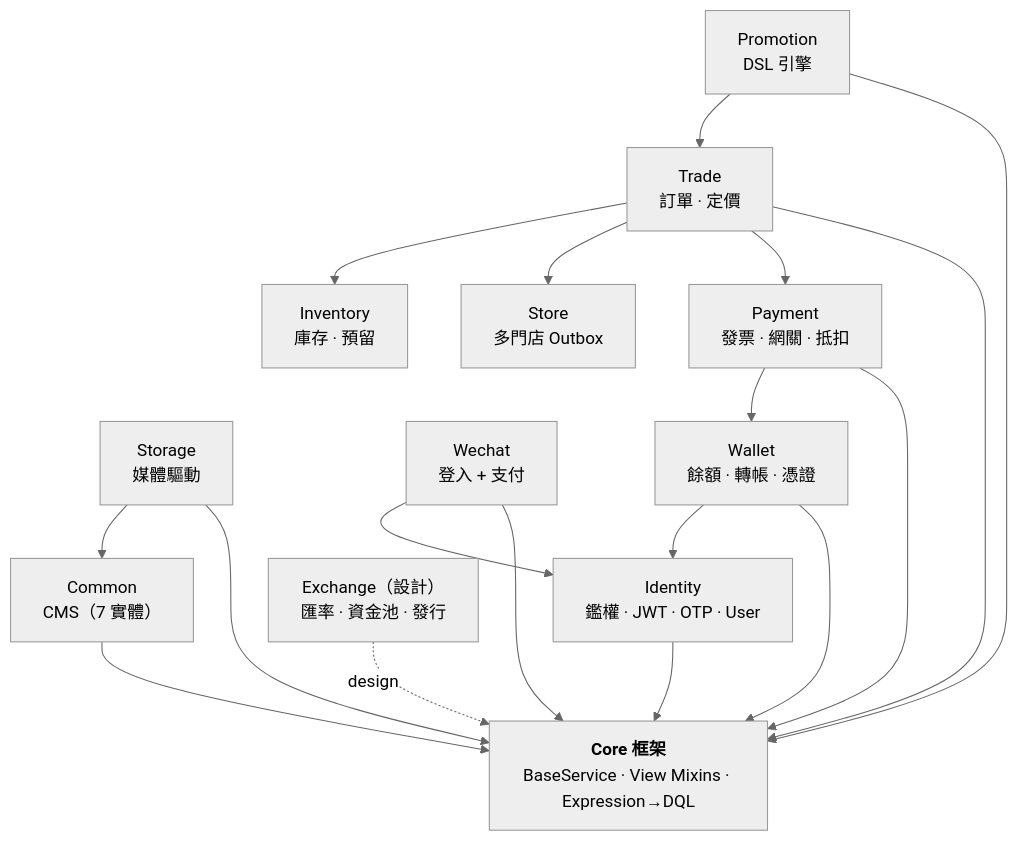
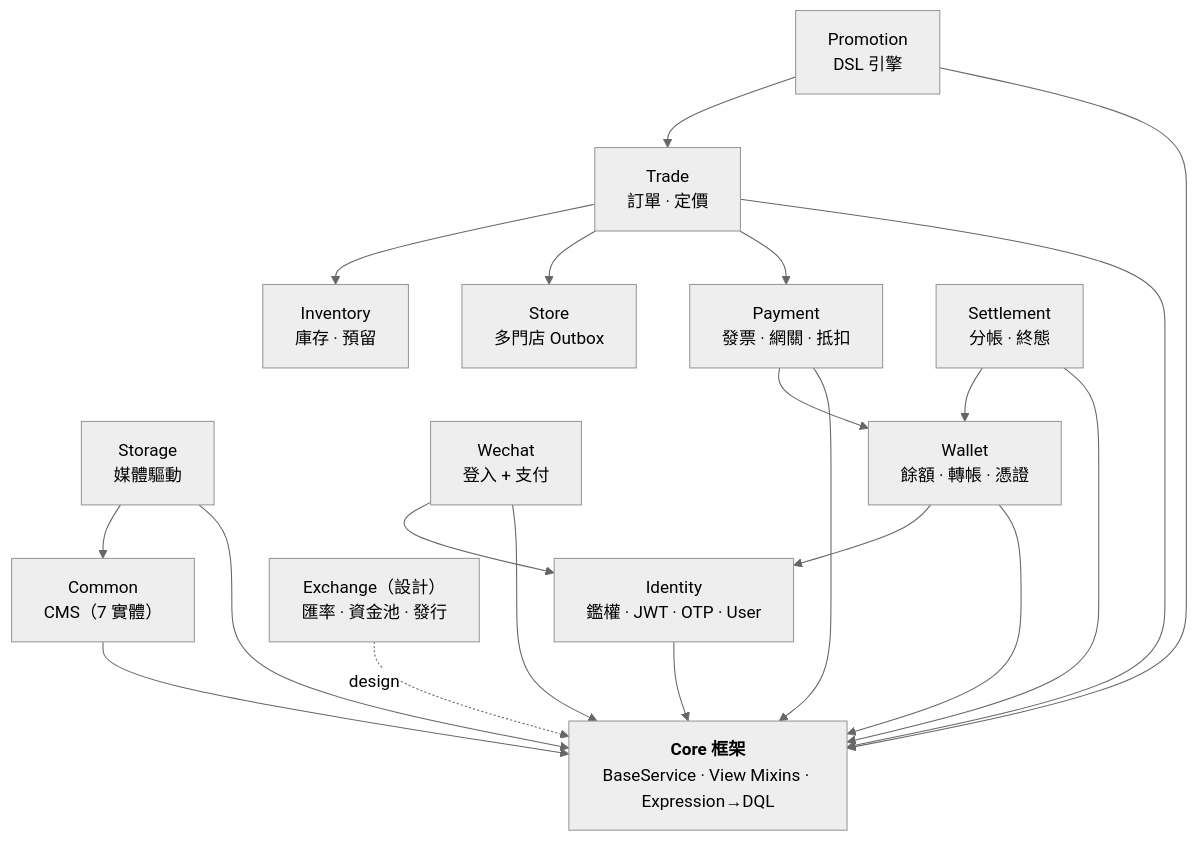
The first of 2 diagrams in README.zh-hant.md (dream-studio-china/edc-online-membership), drawn with Mermaid (neutral theme) before and after one commit. The commit also changed other lines of this file and 4 other files, not shown here.

````diff
--- a/README.zh-hant.md
+++ b/README.zh-hant.md
@@ -11,33 +11,36 @@
 ```mermaid
 flowchart TB
     Core["<b>Core 框架</b><br/>BaseService · View Mixins · Expression→DQL"]
     Identity["Identity<br/>鑑權 · JWT · OTP · User"]
     Common["Common<br/>CMS（7 實體）"]
     Storage["Storage<br/>媒體驅動"]
     Wechat["Wechat<br/>登入 + 支付"]
     Wallet["Wallet<br/>餘額 · 轉帳 · 憑證"]
     Payment["Payment<br/>發票 · 網關 · 抵扣"]
     Trade["Trade<br/>訂單 · 定價"]
     Store["Store<br/>多門店 Outbox"]
     Inventory["Inventory<br/>庫存 · 預留"]
     Promotion["Promotion<br/>DSL 引擎"]
+    Settlement["Settlement<br/>分帳 · 終態"]
     Exchange["Exchange（設計）<br/>匯率 · 資金池 · 發行"]
 
     Identity --> Core
     Common --> Core
     Storage --> Core
     Storage --> Common
     Wechat --> Core
     Wechat --> Identity
     Wallet --> Core
     Wallet --> Identity
     Payment --> Core
     Payment --> Wallet
     Trade --> Core
     Trade --> Payment
     Trade --> Store
     Trade --> Inventory
     Promotion --> Core
     Promotion --> Trade
+    Settlement --> Core
+    Settlement --> Wallet
     Exchange -. "design" .-> Core
 ```
````
